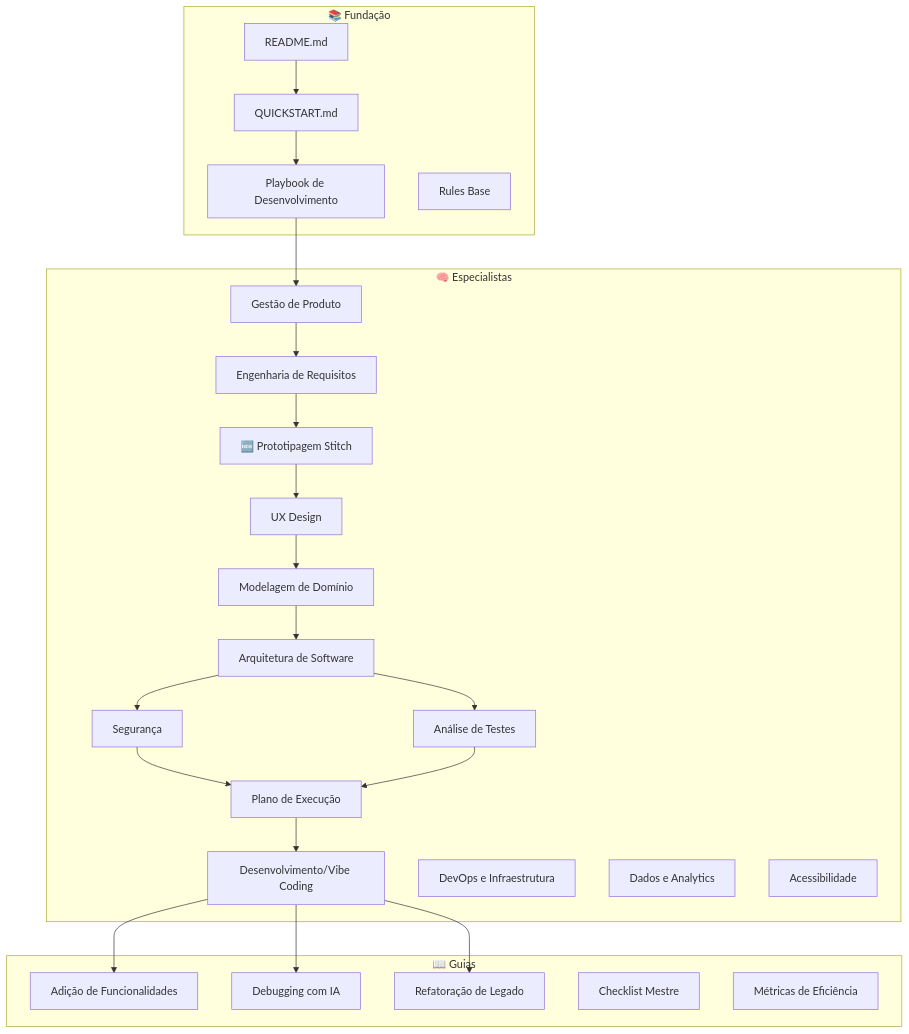
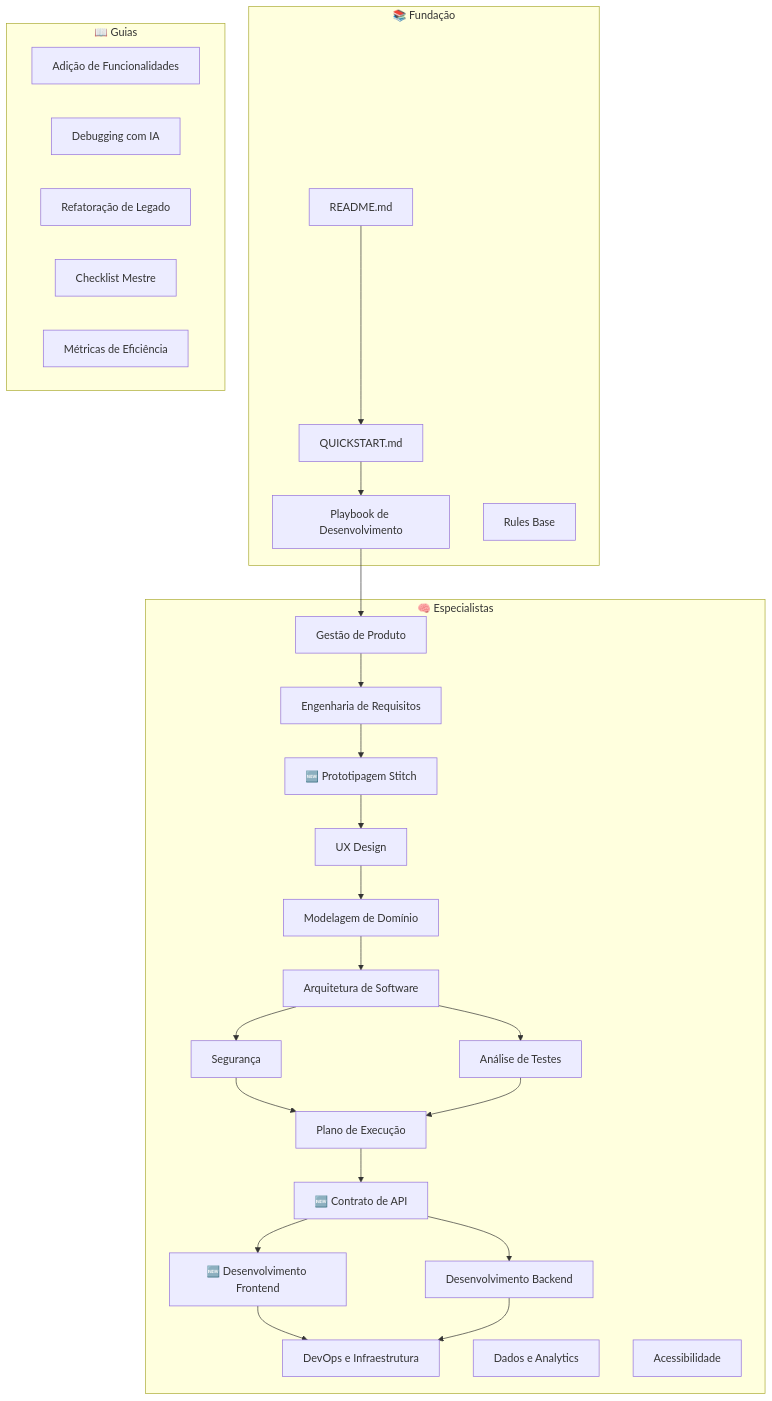
One commit to Matheus-Gama-deluna/Guia-dev-IA changed the first of 5 diagrams in INSTRUCOES_DE_USO.md. Above: the diagram before and after it, drawn with Mermaid. The commit also changed other lines of this file and 25 other files, not shown here.

````diff
--- a/INSTRUCOES_DE_USO.md
+++ b/INSTRUCOES_DE_USO.md
@@ -48,43 +48,44 @@
 ```mermaid
 flowchart TD
     subgraph Foundation["📚 Fundação"]
         README[README.md]
         QUICK[QUICKSTART.md]
         PLAYBOOK[Playbook de Desenvolvimento]
         RULES[Rules Base]
     end
     
     subgraph Specialists["🧠 Especialistas"]
         PM[Gestão de Produto]
         REQ[Engenharia de Requisitos]
         STITCH[🆕 Prototipagem Stitch]
         UX[UX Design]
         MODEL[Modelagem de Domínio]
         ARCH[Arquitetura de Software]
         SEC[Segurança]
         TEST[Análise de Testes]
         PLAN[Plano de Execução]
-        DEV[Desenvolvimento/Vibe Coding]
+        CONTRACT[🆕 Contrato de API]
+        FE[🆕 Desenvolvimento Frontend]
+        BE[Desenvolvimento Backend]
         DEVOPS[DevOps e Infraestrutura]
         DATA[Dados e Analytics]
         A11Y[Acessibilidade]
     end
     
     subgraph Guides["📖 Guias"]
         ADD[Adição de Funcionalidades]
         DEBUG[Debugging com IA]
         REFACTOR[Refatoração de Legado]
         CHECKLIST[Checklist Mestre]
         METRICS[Métricas de Eficiência]
     end
     
     README --> QUICK
     QUICK --> PLAYBOOK
     PLAYBOOK --> PM
     PM --> REQ --> STITCH --> UX --> MODEL --> ARCH
     ARCH --> SEC & TEST
-    SEC & TEST --> PLAN --> DEV
-    DEV --> ADD
-    DEV --> DEBUG
-    DEV --> REFACTOR
+    SEC & TEST --> PLAN --> CONTRACT
+    CONTRACT --> FE & BE
+    FE & BE --> DEVOPS
 ```
````
